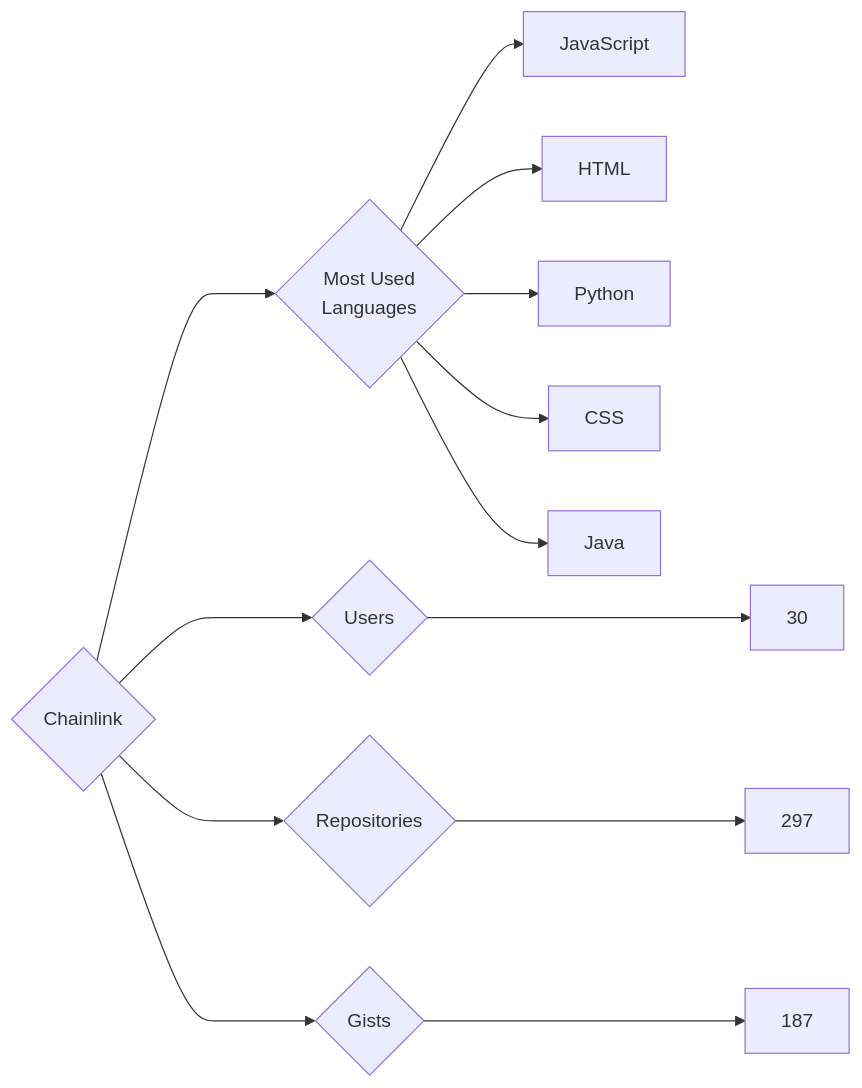
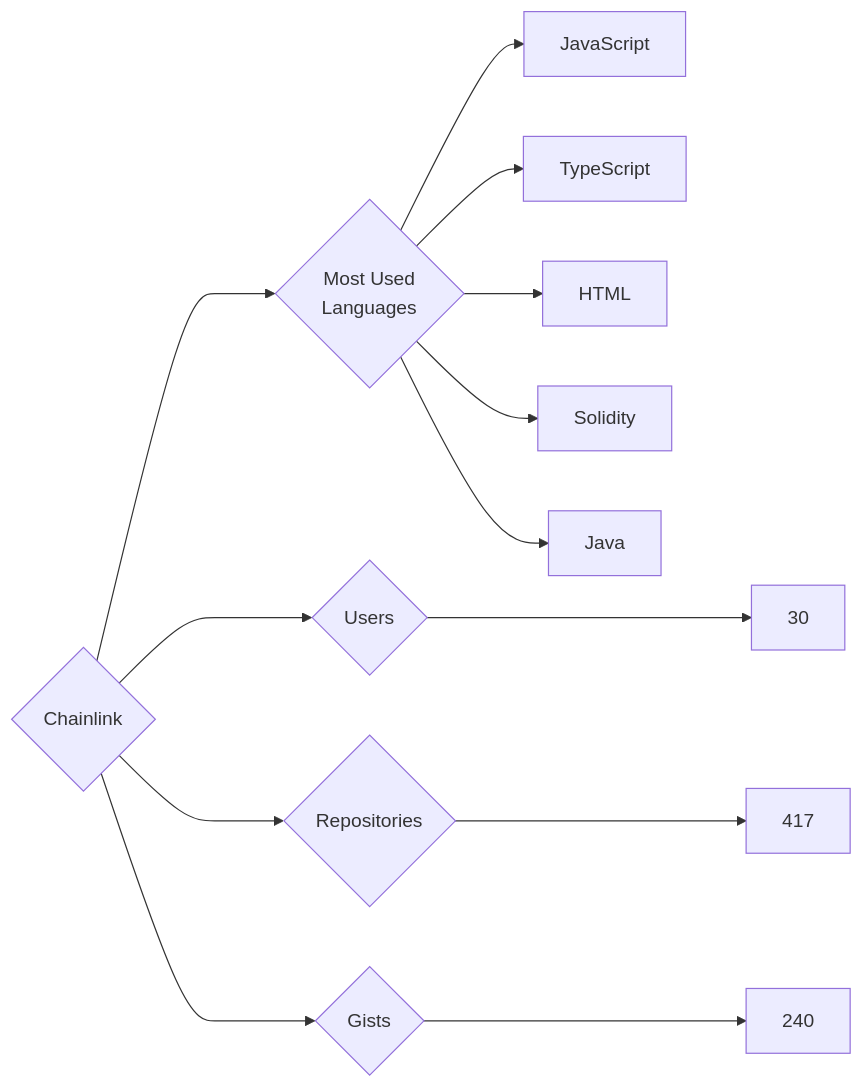
Before and after one commit to trickest/insiders: the diagram in targets/Chainlink/README.md, drawn with Mermaid. The commit also changed 644 other files, not shown here.

````diff
--- a/targets/Chainlink/README.md
+++ b/targets/Chainlink/README.md
@@ -3,13 +3,13 @@
 ```mermaid
 graph LR
 COMPANY_NAME{Chainlink}
 COMPANY_NAME ---> U{Users} ---> UN[30]
-COMPANY_NAME ---> R{Repositories} ---> RN[297]
-COMPANY_NAME ---> G{Gists} ---> GN[187]
+COMPANY_NAME ---> R{Repositories} ---> RN[417]
+COMPANY_NAME ---> G{Gists} ---> GN[240]
 COMPANY_NAME ---> ML{Most Used<br>Languages}
 ML --> JavaScript[JavaScript]
+ML --> TypeScript[TypeScript]
 ML --> HTML[HTML]
-ML --> Python[Python]
-ML --> CSS[CSS]
+ML --> Solidity[Solidity]
 ML --> Java[Java]
 ```
````
